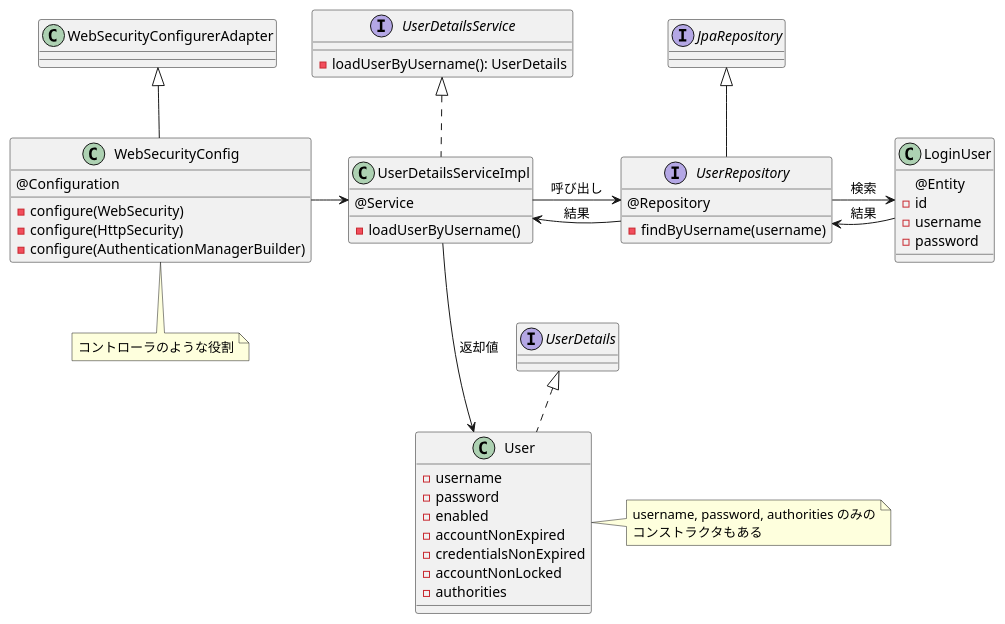
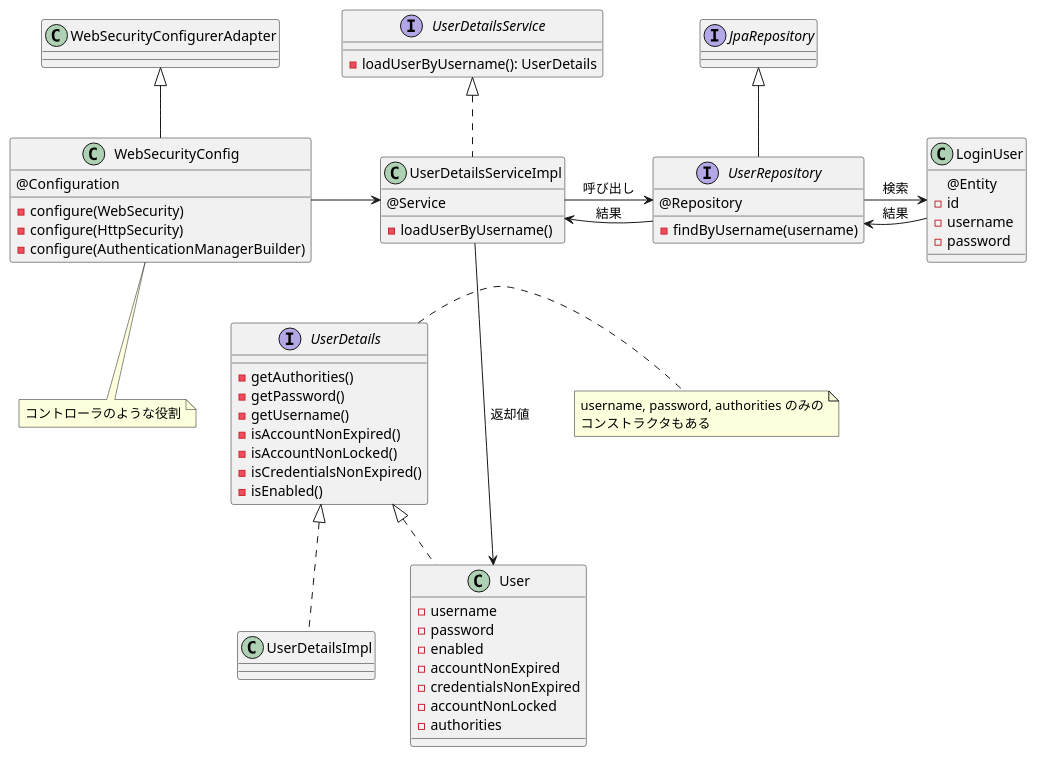
Before and after one commit to yousukeayada/general: the diagram in assets/img/spring-security.md, drawn with PlantUML.

Commit message:
update spring-security

````diff
--- a/assets/img/spring-security.md
+++ b/assets/img/spring-security.md
@@ -1,51 +1,63 @@
 ```plantuml
+interface UserDetails {
+    - getAuthorities()
+    - getPassword()
+    - getUsername()
+    - isAccountNonExpired()
+    - isAccountNonLocked()
+    - isCredentialsNonExpired()
+    - isEnabled()
+}
 class User implements UserDetails {
     - username
     - password
     - enabled
     - accountNonExpired
     - credentialsNonExpired
     - accountNonLocked
     - authorities
 }
-note right of User
+note right of UserDetails
 username, password, authorities のみの
 コンストラクタもある
 end note
+class UserDetailsImpl implements UserDetails {
+
+}
 
 
 class LoginUser {
     @Entity
     - id
     - username
     - password
 }
 
 interface UserRepository extends JpaRepository {
     @Repository
     - findByUsername(username)
 }
 
 interface UserDetailsService {
     - loadUserByUsername(): UserDetails
 }
 class UserDetailsServiceImpl implements  UserDetailsService {
     @Service
     - loadUserByUsername()
 }
 
 class WebSecurityConfig extends WebSecurityConfigurerAdapter {
     @Configuration
     - configure(WebSecurity)
     - configure(HttpSecurity)
     - configure(AuthenticationManagerBuilder)
 }
 note bottom of WebSecurityConfig: コントローラのような役割
 
 WebSecurityConfig -> UserDetailsServiceImpl
 UserDetailsServiceImpl -> UserRepository: 呼び出し
 UserRepository -> LoginUser: 検索
 LoginUser --> UserRepository: 結果
 UserRepository --> UserDetailsServiceImpl: 結果
 UserDetailsServiceImpl ---> User: 返却値
 ```
````
